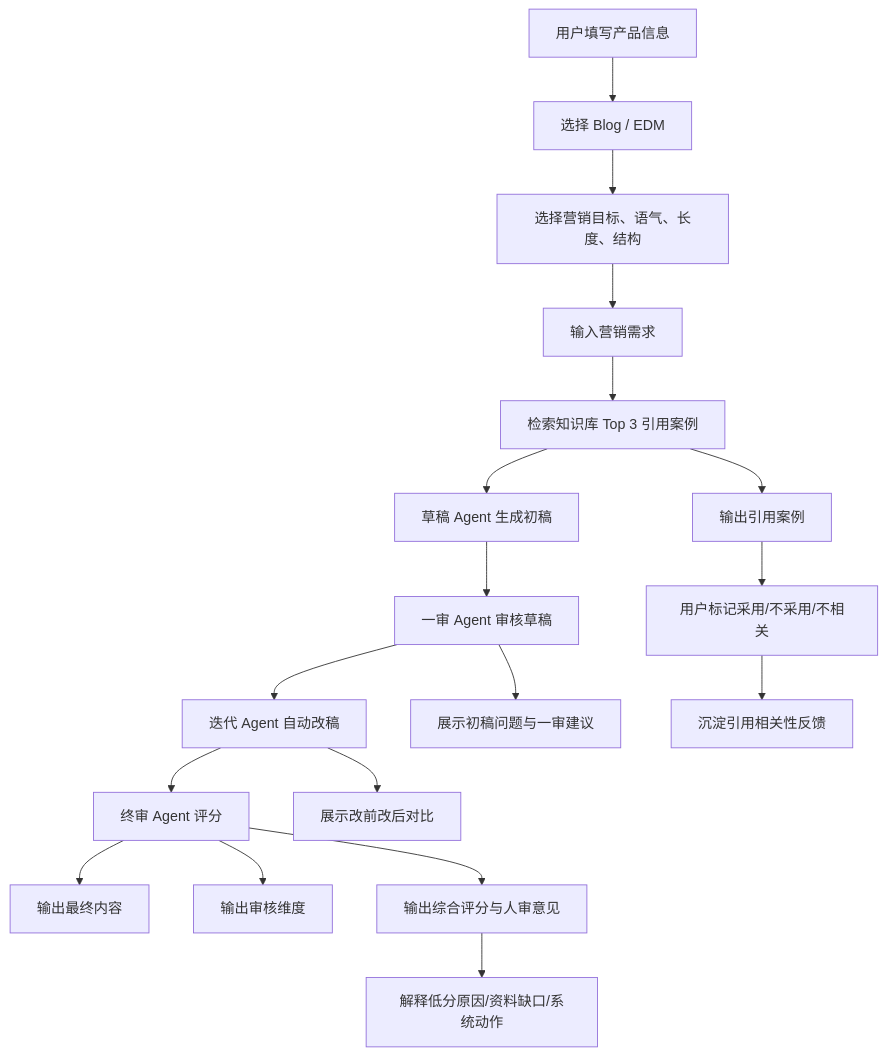
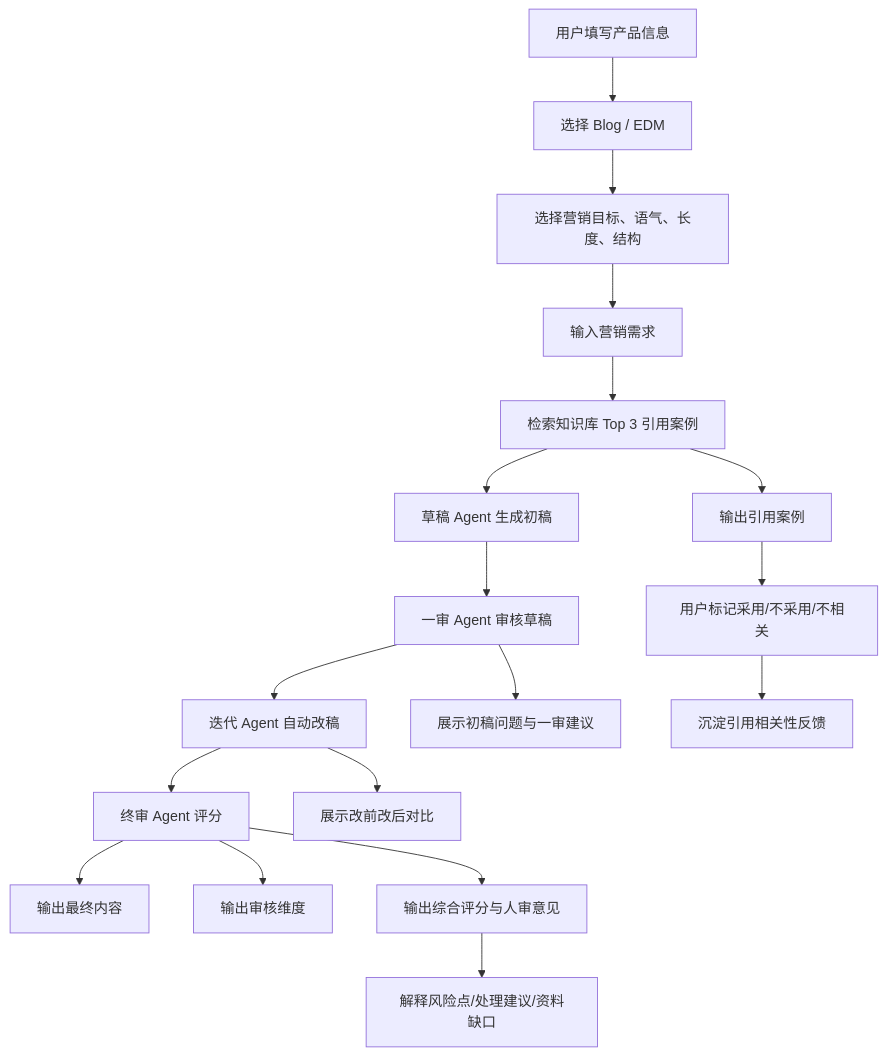
Before and after one commit to iamnotalle/AI-keyboard-marketing-platform-v2: the first of 2 diagrams in docs/USER_FLOW.md, drawn with Mermaid. The commit also changed other lines of this file and 3 other files, not shown here.

````diff
--- a/docs/USER_FLOW.md
+++ b/docs/USER_FLOW.md
@@ -5,20 +5,20 @@
 ```mermaid
 flowchart TD
     A["用户填写产品信息"] --> B["选择 Blog / EDM"]
     B --> C["选择营销目标、语气、长度、结构"]
     C --> D["输入营销需求"]
     D --> E["检索知识库 Top 3 引用案例"]
     E --> F["草稿 Agent 生成初稿"]
     F --> G["一审 Agent 审核草稿"]
     G --> H["迭代 Agent 自动改稿"]
     H --> I["终审 Agent 评分"]
     I --> J["输出最终内容"]
     I --> K["输出审核维度"]
     I --> L["输出综合评分与人审意见"]
-    L --> R["解释低分原因/资料缺口/系统动作"]
+    L --> R["解释风险点/处理建议/资料缺口"]
     E --> M["输出引用案例"]
     M --> N["用户标记采用/不采用/不相关"]
     N --> O["沉淀引用相关性反馈"]
     G --> P["展示初稿问题与一审建议"]
     H --> Q["展示改前改后对比"]
 ```
````
